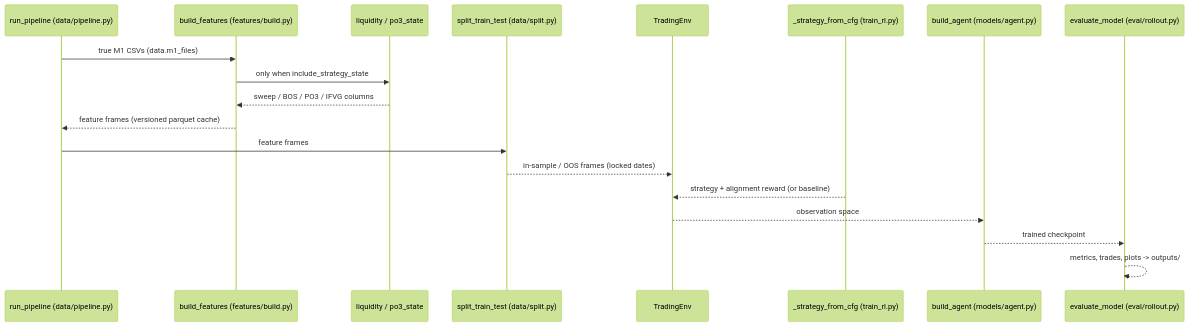
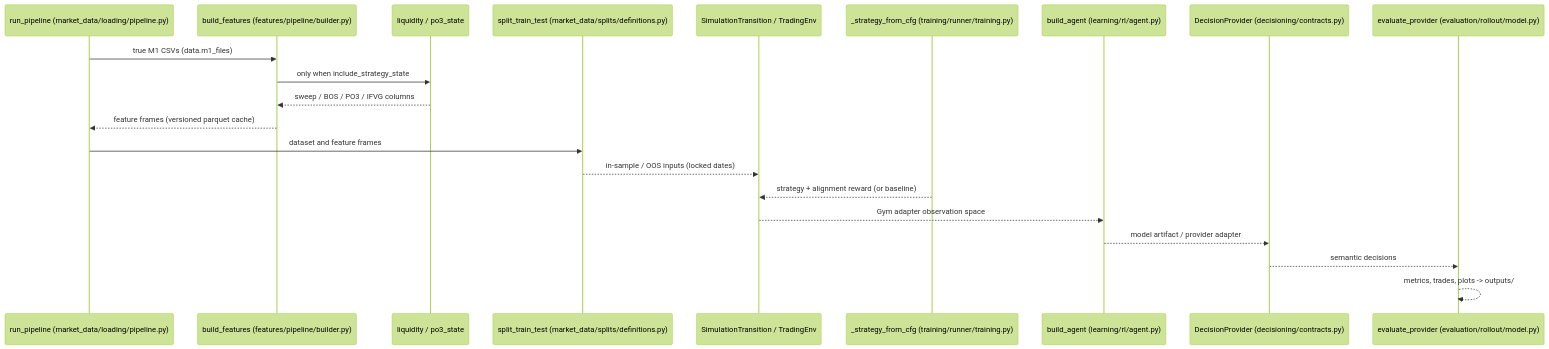
The first of 4 diagrams in docs/architecture.md (nntk072/Aalto_MS_Thesis), drawn with Mermaid (forest theme) before and after one commit. The commit also changed other lines of this file and 354 other files, not shown here.

````diff
--- a/docs/architecture.md
+++ b/docs/architecture.md
@@ -203,21 +203,23 @@
 ```mermaid
 sequenceDiagram
-    participant P as run_pipeline (data/pipeline.py)
-    participant B as build_features (features/build.py)
+    participant P as run_pipeline (market_data/loading/pipeline.py)
+    participant B as build_features (features/pipeline/builder.py)
     participant L as liquidity / po3_state
-    participant S as split_train_test (data/split.py)
-    participant E as TradingEnv
-    participant ST as _strategy_from_cfg (train_rl.py)
-    participant A as build_agent (models/agent.py)
-    participant V as evaluate_model (eval/rollout.py)
+    participant S as split_train_test (market_data/splits/definitions.py)
+    participant E as SimulationTransition / TradingEnv
+    participant ST as _strategy_from_cfg (training/runner/training.py)
+    participant A as build_agent (learning/rl/agent.py)
+    participant D as DecisionProvider (decisioning/contracts.py)
+    participant V as evaluate_provider (evaluation/rollout/model.py)
     P->>B: true M1 CSVs (data.m1_files)
     B->>L: only when include_strategy_state
     L-->>B: sweep / BOS / PO3 / IFVG columns
     B-->>P: feature frames (versioned parquet cache)
-    P->>S: feature frames
-    S-->>E: in-sample / OOS frames (locked dates)
+    P->>S: dataset and feature frames
+    S-->>E: in-sample / OOS inputs (locked dates)
     ST-->>E: strategy + alignment reward (or baseline)
-    E-->>A: observation space
-    A-->>V: trained checkpoint
+    E-->>A: Gym adapter observation space
+    A-->>D: model artifact / provider adapter
+    D-->>V: semantic decisions
     V-->>V: metrics, trades, plots -> outputs/
 ```
````
